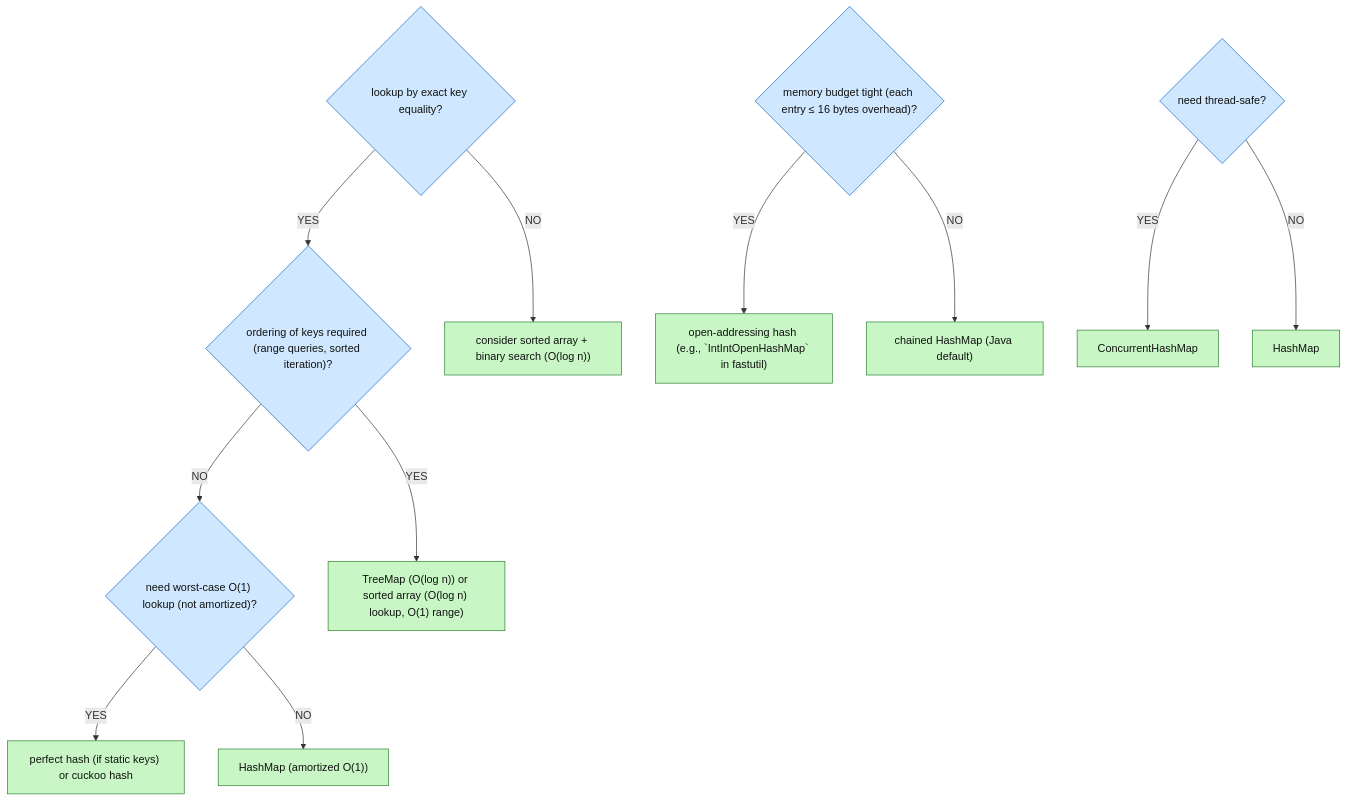
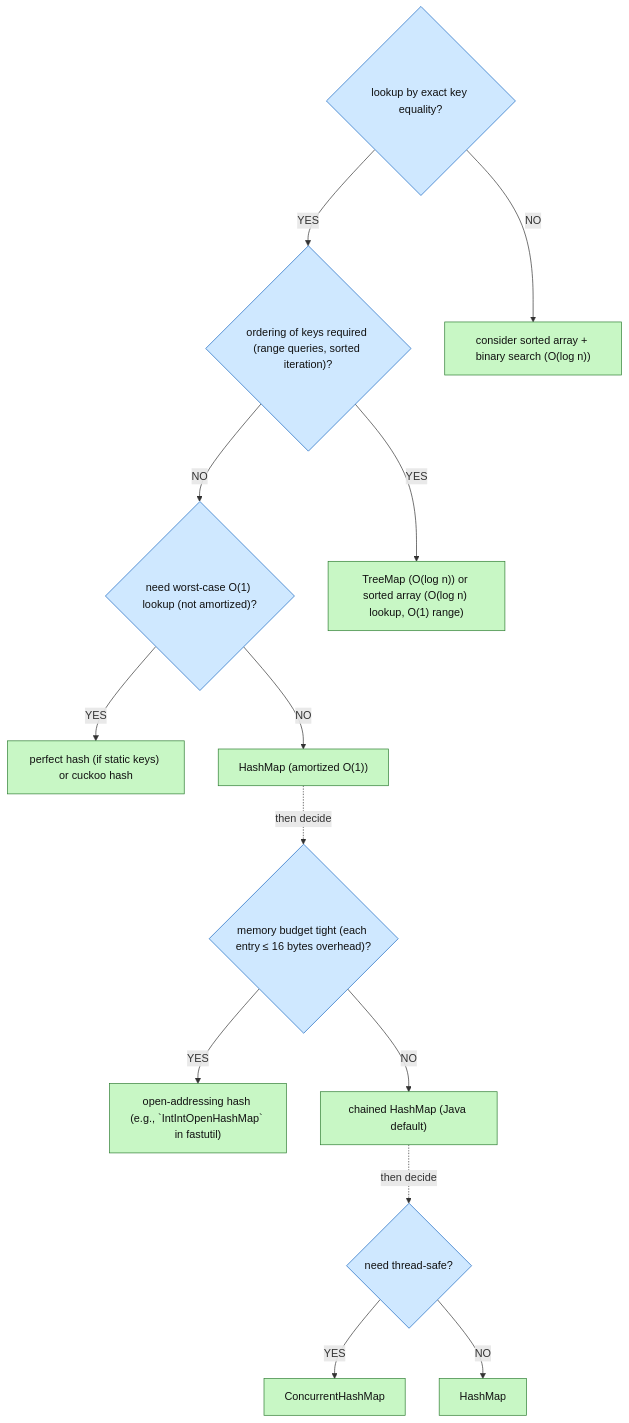
One commit to SaiHarsha502vvit/Daily-Prep changed the fourth of 4 diagrams in 02_Data_Structures/01e_HashTable.md. Above: the diagram before and after it, drawn with Mermaid. The commit also changed 9 other files, not shown here.

First line of the commit message:
docs(data-structures): decision trees to Mermaid in A3/A4 and connect chained questions

````diff
--- a/02_Data_Structures/01e_HashTable.md
+++ b/02_Data_Structures/01e_HashTable.md
@@ -933,22 +933,24 @@
 ```mermaid
 flowchart TD
     Q0{"lookup by exact key equality?"}
     Q1{"ordering of keys required (range queries, sorted iteration)?"}
     Q2{"need worst-case O(1) lookup (not amortized)?"}
     Q3{"memory budget tight (each entry ≤ 16 bytes overhead)?"}
     Q4{"need thread-safe?"}
     Q0 -- YES --> Q1
     Q0 -- NO --> A1["consider sorted array + binary search (O(log n))"]
     Q1 -- YES --> A2["TreeMap (O(log n)) or sorted array (O(log n) lookup, O(1) range)"]
     Q1 -- NO --> Q2
     Q2 -- YES --> A3["perfect hash (if static keys) or cuckoo hash"]
     Q2 -- NO --> A4["HashMap (amortized O(1))"]
     Q3 -- YES --> A5["open-addressing hash (e.g., `IntIntOpenHashMap` in fastutil)"]
     Q3 -- NO --> A6["chained HashMap (Java default)"]
     Q4 -- YES --> A7["ConcurrentHashMap"]
     Q4 -- NO --> A8["HashMap"]
+    A4 -. "then decide" .-> Q3
+    A6 -. "then decide" .-> Q4
     classDef ask fill:#cfe8ff,stroke:#1565c0,color:#111
     classDef ans fill:#c8f7c5,stroke:#2e7d32,color:#111
     class Q0,Q1,Q2,Q3,Q4 ask
     class A1,A2,A3,A4,A5,A6,A7,A8 ans
 ```
````
